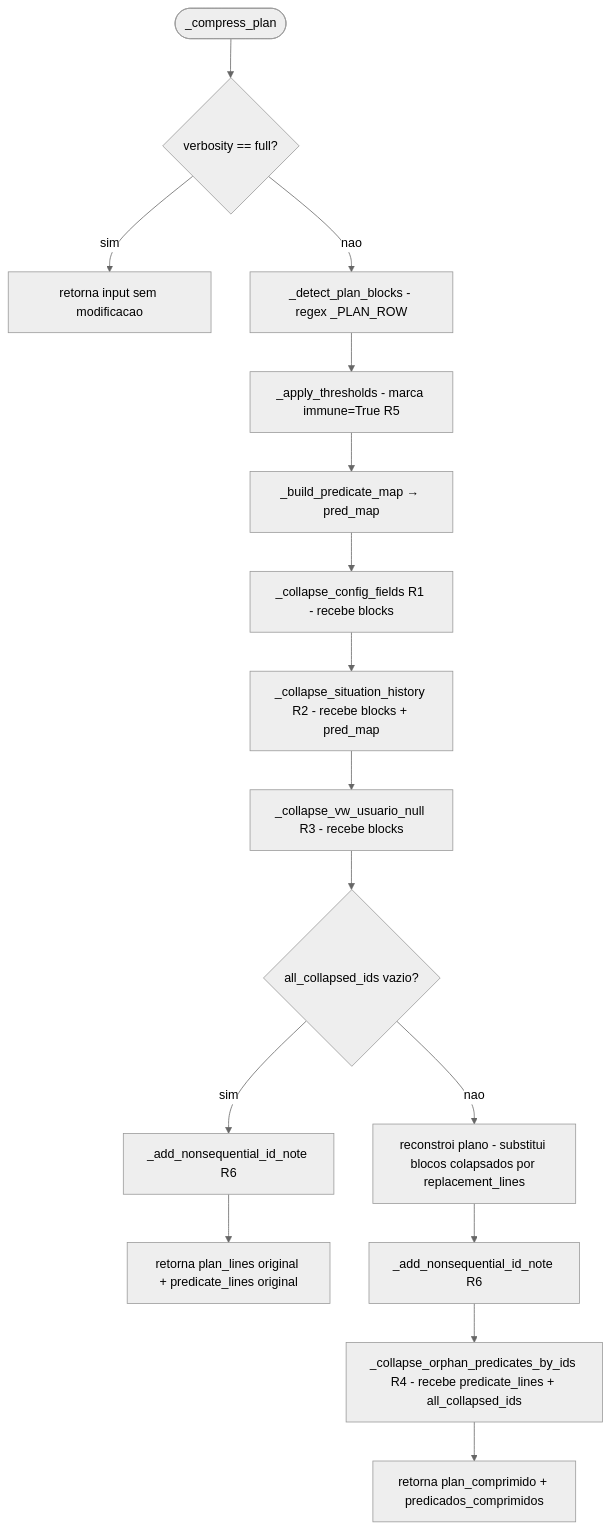
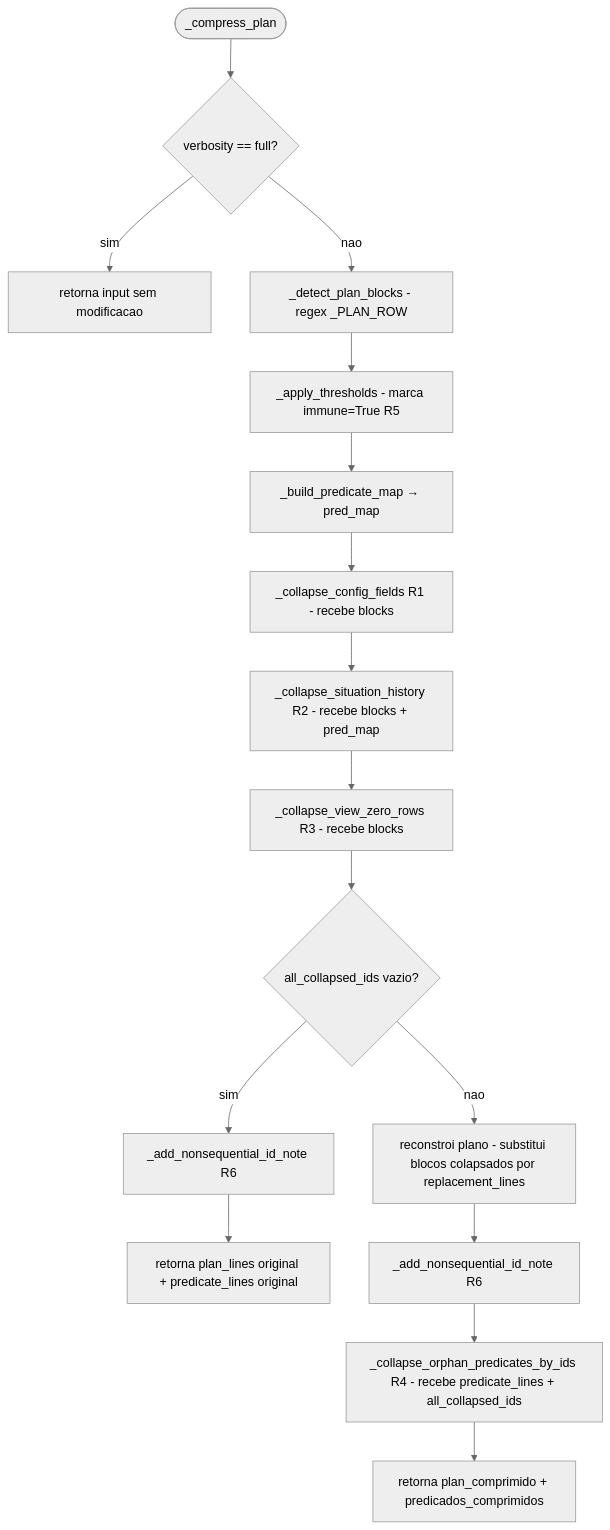
One commit to fevitta/SqlMentor changed the fourth of 4 diagrams in .kiro/steering/architecture.md. Above: the diagram before and after it, drawn with Mermaid (neutral theme). The commit also changed other lines of this file and 2 other files, not shown here.

Commit message:
rename: _collapse_view_zero_rows -> _collapse_view_zero_rows

```diff
--- a/.kiro/steering/architecture.md
+++ b/.kiro/steering/architecture.md
@@ -78,18 +78,18 @@
 ~~~mermaid
 flowchart TD
     A([_compress_plan]) --> B{verbosity == full?}
     B -->|sim| RET[retorna input sem modificacao]
     B -->|nao| C[_detect_plan_blocks - regex _PLAN_ROW]
     C --> D[_apply_thresholds - marca immune=True R5]
     D --> E[_build_predicate_map → pred_map]
     E --> F[_collapse_config_fields R1 - recebe blocks]
     F --> G[_collapse_situation_history R2 - recebe blocks + pred_map]
-    G --> H[_collapse_vw_usuario_null R3 - recebe blocks]
+    G --> H[_collapse_view_zero_rows R3 - recebe blocks]
     H --> I{all_collapsed_ids vazio?}
     I -->|sim| J[_add_nonsequential_id_note R6]
     J --> RET2[retorna plan_lines original + predicate_lines original]
     I -->|nao| K[reconstroi plano - substitui blocos colapsados por replacement_lines]
     K --> L[_add_nonsequential_id_note R6]
     L --> M[_collapse_orphan_predicates_by_ids R4 - recebe predicate_lines + all_collapsed_ids]
     M --> RET3[retorna plan_comprimido + predicados_comprimidos]
 ~~~
```
